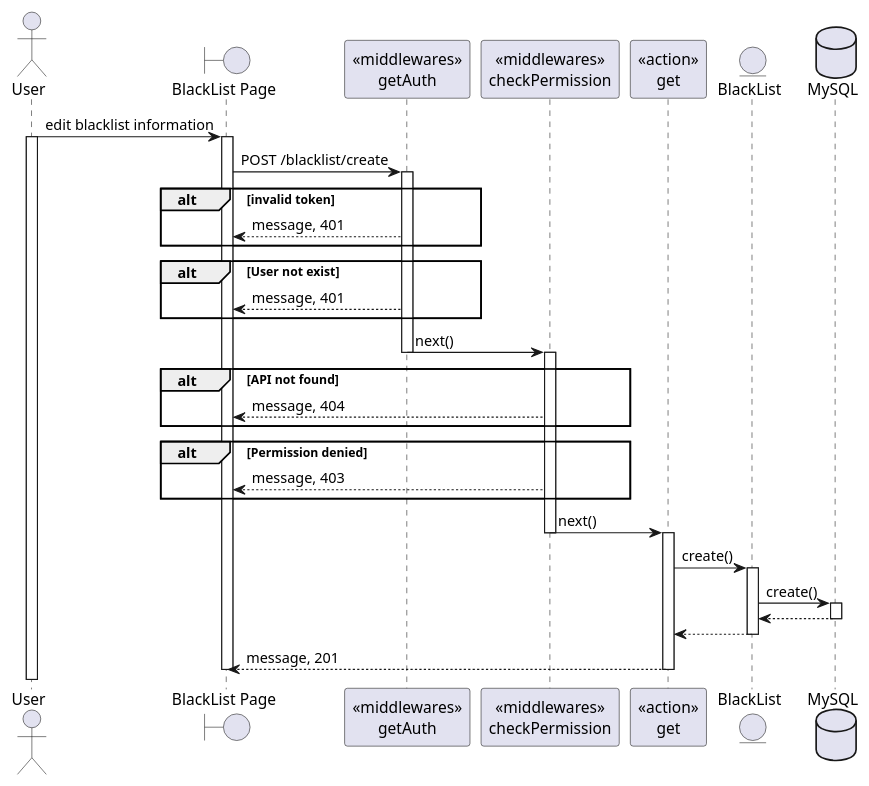
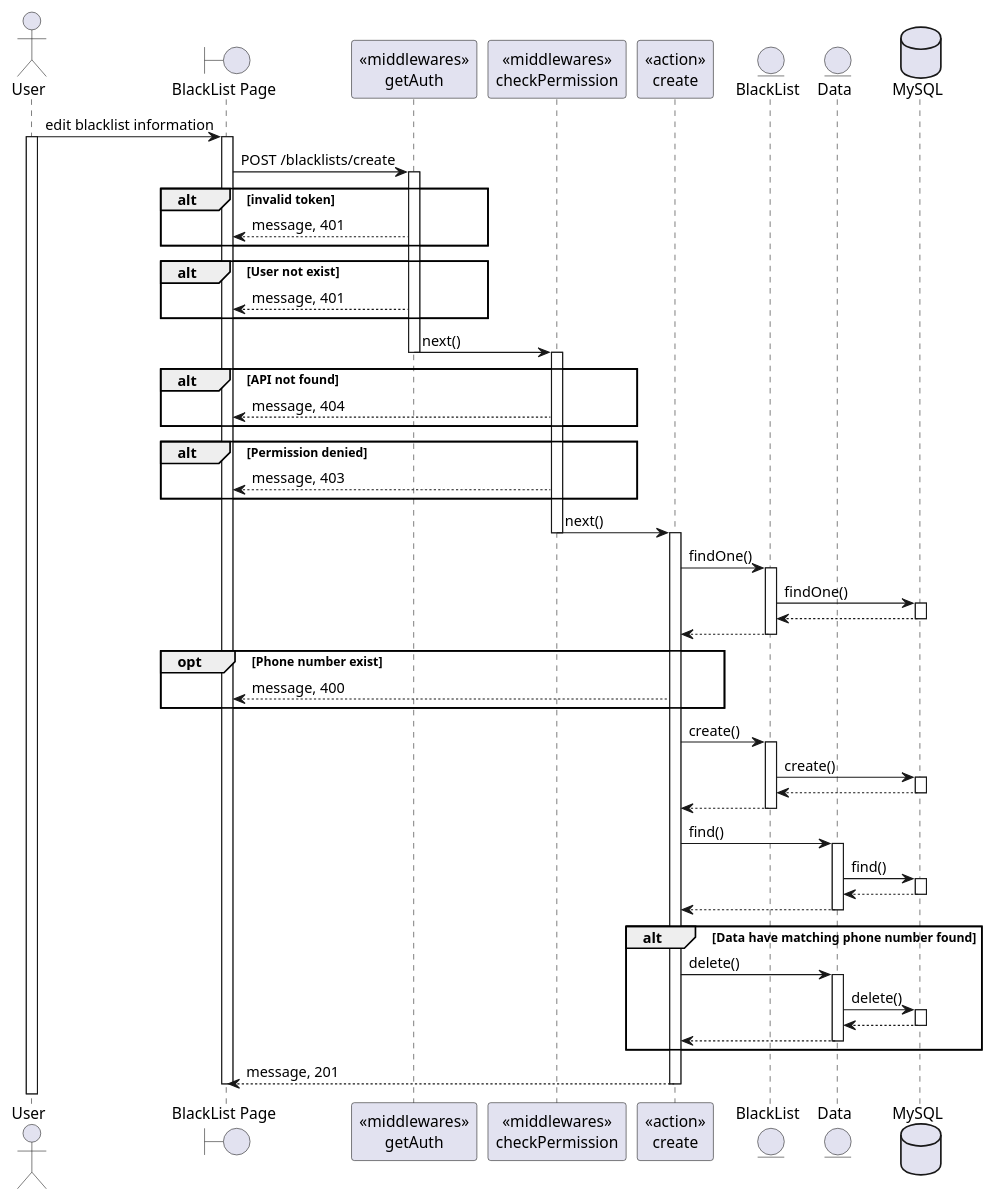
The diagram in SequeceDiagram/blacklist/create.wsd (BunnyButtpowder/TeleLink-Original), drawn with PlantUML before and after one commit. The commit also changed 16 other files, not shown here.

Commit message:
finish almost all sequence diagram

```diff
--- a/SequeceDiagram/blacklist/create.wsd
+++ b/SequeceDiagram/blacklist/create.wsd
@@ -1,52 +1,82 @@
 @startuml
 actor User
 boundary "BlackList Page" as Client
 participant "<<middlewares>>\ngetAuth" as mid1
 participant "<<middlewares>>\ncheckPermission" as mid2
-participant "<<action>>\nget" as Controller
+participant "<<action>>\ncreate" as Controller
 entity "BlackList" as Model
+entity "Data" as Model2 
 database "MySQL" as DB
 
 User -> Client: edit blacklist information
 activate User
 activate Client
-Client -> mid1: POST /blacklist/create
+Client -> mid1: POST /blacklists/create
 activate mid1
 alt invalid token
     mid1 --> Client: message, 401
 end
 alt User not exist
     mid1 --> Client: message, 401
 end
 mid1 -> mid2: next()
 deactivate mid1
 activate mid2
 alt API not found
     mid2 --> Client: message, 404
 end
 alt Permission denied
     mid2 --> Client: message, 403
 end
 mid2 -> Controller: next()
 deactivate mid2
 activate Controller
+Controller -> Model: findOne()
+activate Model
+Model -> DB: findOne()
+activate DB
+DB --> Model
+deactivate DB
+Model --> Controller
+deactivate Model
+opt Phone number exist
+Controller --> Client: message, 400
+end
 Controller -> Model: create()
 activate Model
 Model -> DB: create()
 activate DB
 DB --> Model
 deactivate DB
 Model --> Controller
 deactivate Model
+Controller -> Model2: find()
+activate Model2
+Model2 -> DB: find()
+activate DB
+DB --> Model2
+deactivate DB
+Model2 --> Controller
+deactivate Model2
+alt Data have matching phone number found
+Controller -> Model2: delete()
+activate Model2
+Model2 -> DB: delete()
+activate DB
+DB --> Model2
+deactivate DB
+Model2 --> Controller
+deactivate Model2
+end
 Controller --> Client: message, 201
 deactivate Controller
 
 
 
 
 
 
 
 deactivate Client
 
 @enduml
```
